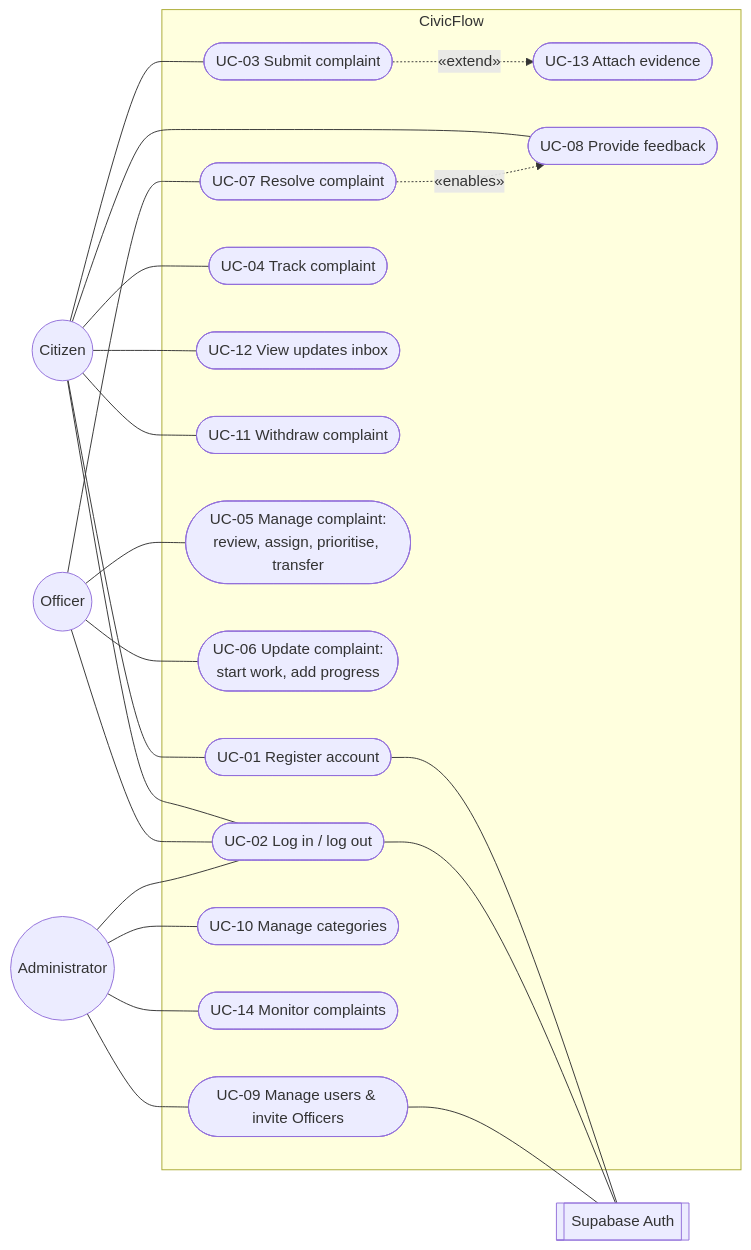
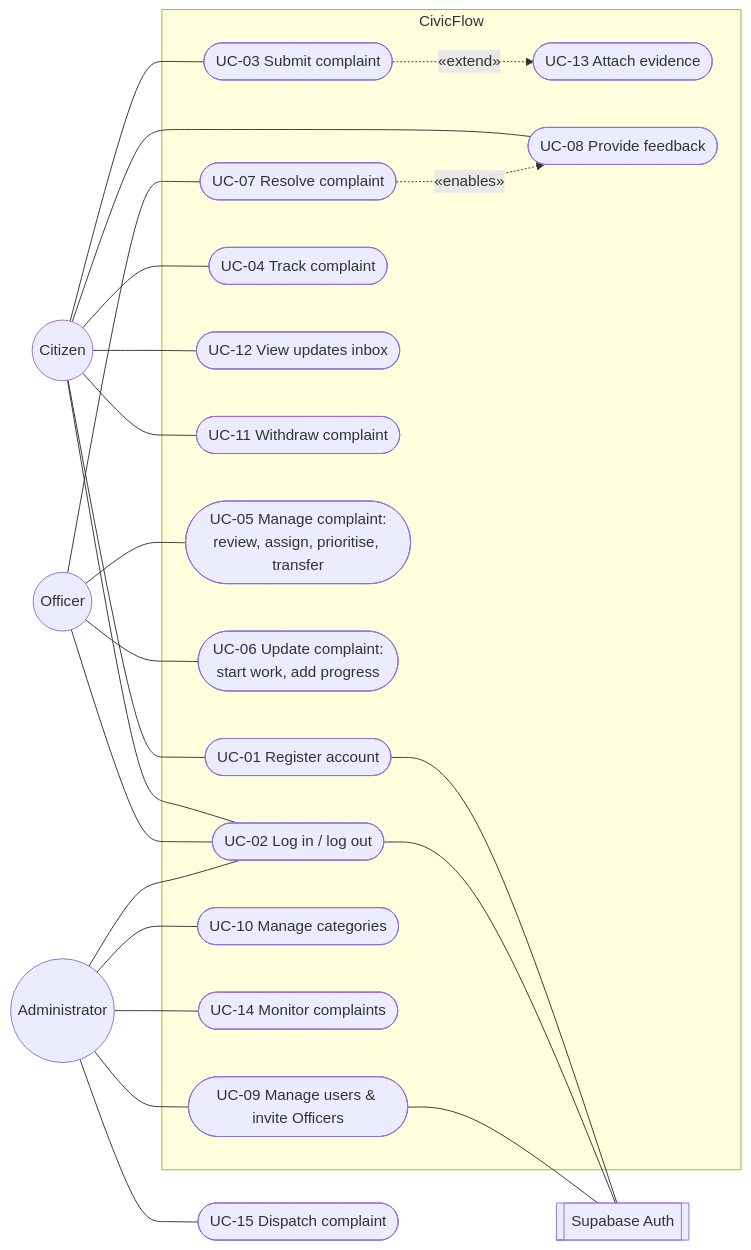
Before and after one commit to razim2003/civic-flow: the diagram in docs/sdlc/04-requirements-specification.md, drawn with Mermaid. The commit also changed other lines of this file and 30 other files, not shown here.

````diff
--- a/docs/sdlc/04-requirements-specification.md
+++ b/docs/sdlc/04-requirements-specification.md
@@ -68,29 +72,30 @@
 ```mermaid
 flowchart LR
   C((Citizen))
   O((Officer))
   A((Administrator))
   AUTH[[Supabase Auth]]
   subgraph CivicFlow
     UC01([UC-01 Register account])
     UC02([UC-02 Log in / log out])
     UC03([UC-03 Submit complaint])
     UC13([UC-13 Attach evidence])
     UC04([UC-04 Track complaint])
     UC12([UC-12 View updates inbox])
     UC11([UC-11 Withdraw complaint])
     UC08([UC-08 Provide feedback])
     UC05([UC-05 Manage complaint:<br/>review, assign, prioritise, transfer])
     UC06([UC-06 Update complaint:<br/>start work, add progress])
     UC07([UC-07 Resolve complaint])
     UC09([UC-09 Manage users & invite Officers])
     UC10([UC-10 Manage categories])
     UC14([UC-14 Monitor complaints])
   end
   C --- UC01 & UC02 & UC03 & UC04 & UC12 & UC11 & UC08
   O --- UC02 & UC05 & UC06 & UC07
   A --- UC02 & UC09 & UC10 & UC14
   UC03 -. «extend» .-> UC13
   UC07 -. «enables» .-> UC08
+  A --- UC15([UC-15 Dispatch complaint])
   UC01 & UC02 & UC09 --- AUTH
 ```
````
